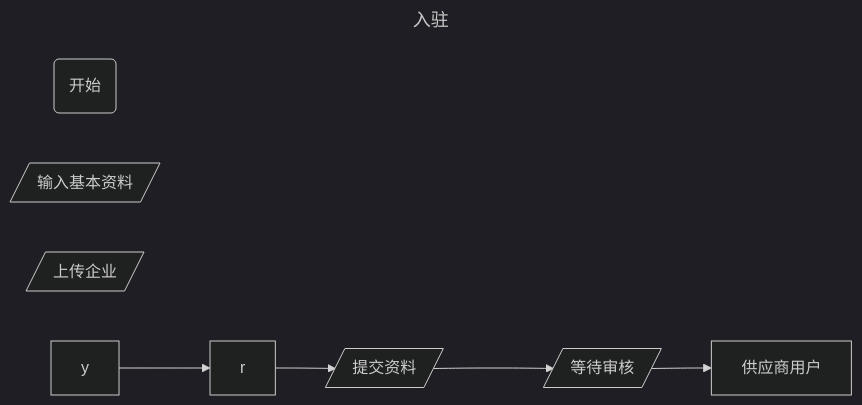
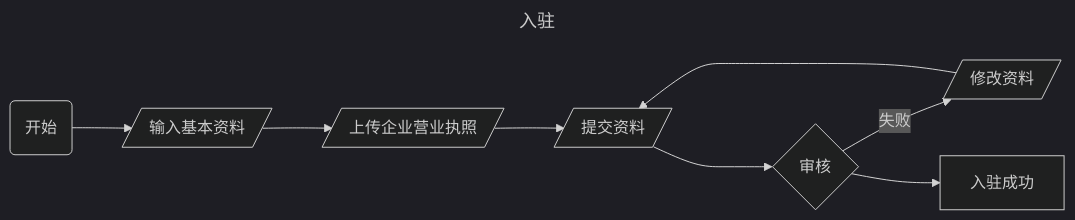
Before and after one commit to WisdomYi/ObsidianRepo: the diagram in 项目/供应链/供应链流程.md, drawn with Mermaid (dark theme). The commit also changed 24 other files, not shown here.

````diff
--- a/项目/供应链/供应链流程.md
+++ b/项目/供应链/供应链流程.md
@@ -11,16 +11,24 @@
 ``` mermaid
 ---
 title: 入驻
 ---
-flowchart LR
-s(开始)
+graph LR
+ks(开始)
 zl[/输入基本资料/]
-sc[/上传企业/]
+sc[/上传企业营业执照/]
+
 o[/提交资料/]
-d[/等待审核/]
-e[供应商用户]
-y-->r-->o
-o-->d-->e
+xg[/修改资料/]
+
+d{审核}
+e[入驻成功]
+ks-->zl-->sc
+sc-->o
+o-->d
+d--失败-->xg
+xg-->o
+d-->e
+
 
 
 ```
````
